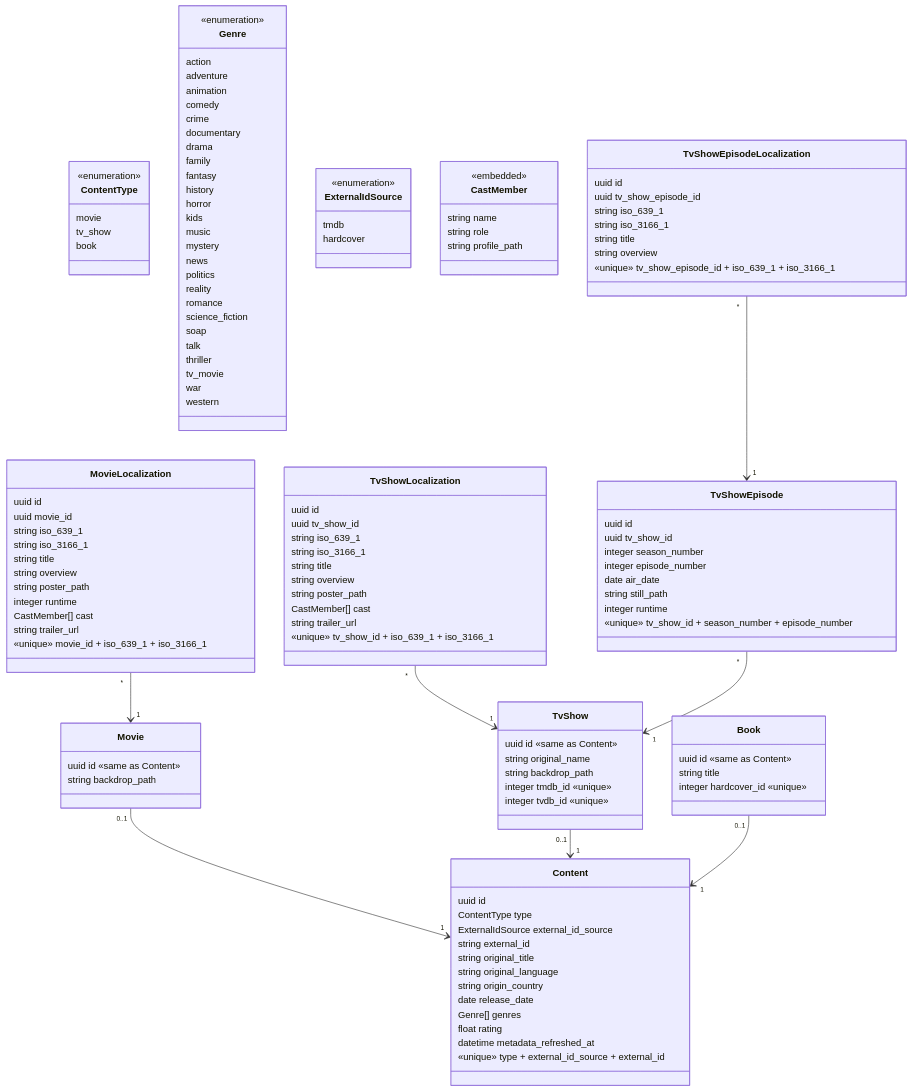
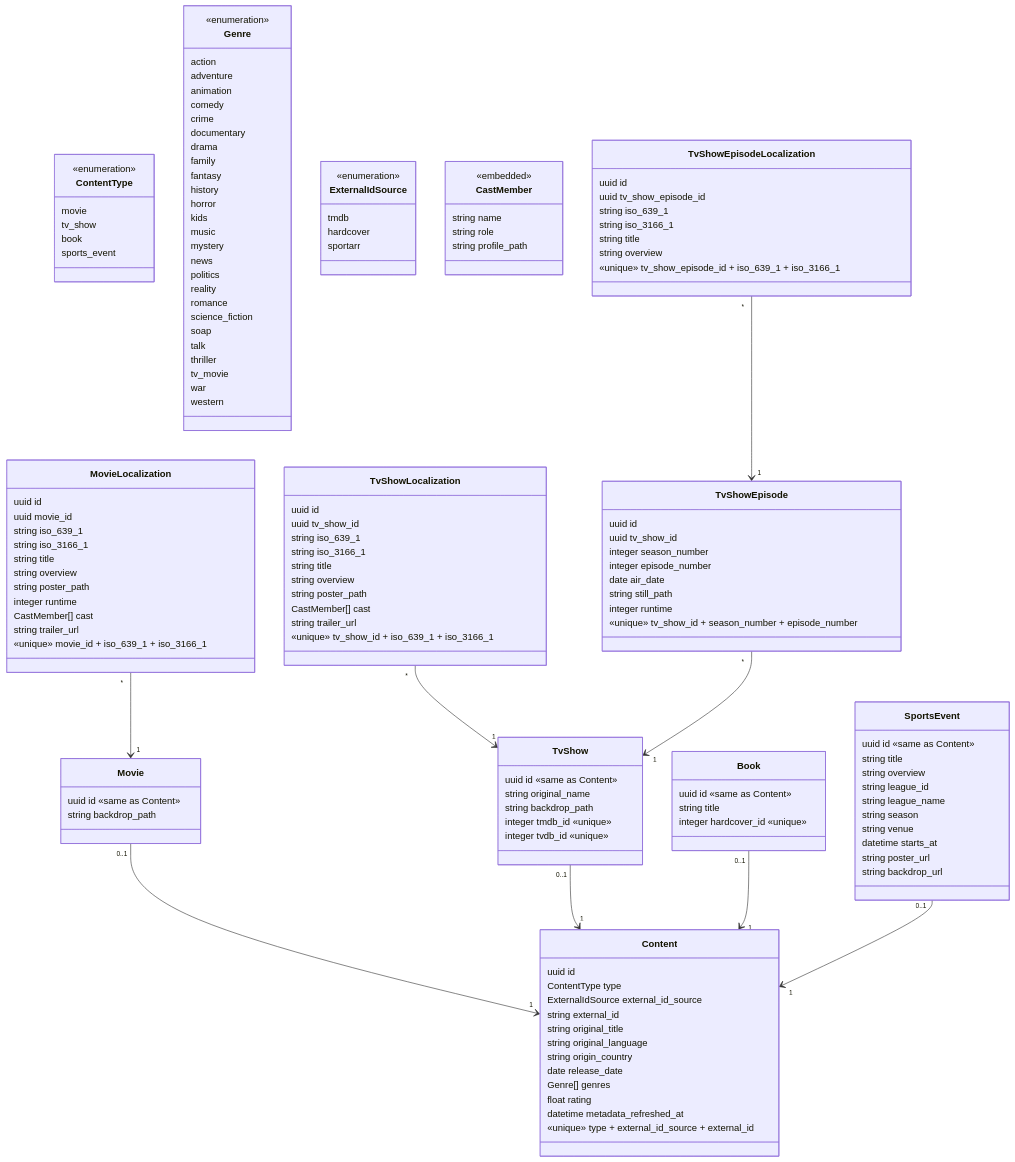
The third of 12 diagrams in docs/data-model.md (nat-e/watch_club), drawn with Mermaid before and after one commit. The commit also changed other lines of this file and 143 other files, not shown here.

First line of the commit message:
feat: sports events from Sportarr (#87)

```diff
--- a/docs/data-model.md
+++ b/docs/data-model.md
@@ -91,6 +91,7 @@
     movie
     tv_show
     book
+    sports_event
   }
   class Genre {
     <<enumeration>>
@@ -124,6 +125,7 @@
     <<enumeration>>
     tmdb
     hardcover
+    sportarr
   }
   class Movie {
     uuid id «same as Content»
@@ -191,9 +193,22 @@
     string title
     integer hardcover_id «unique»
   }
+  class SportsEvent {
+    uuid id «same as Content»
+    string title
+    string overview
+    string league_id
+    string league_name
+    string season
+    string venue
+    datetime starts_at
+    string poster_url
+    string backdrop_url
+  }
   Movie "0..1" --> "1" Content
   TvShow "0..1" --> "1" Content
   Book "0..1" --> "1" Content
+  SportsEvent "0..1" --> "1" Content
   MovieLocalization "*" --> "1" Movie
   TvShowLocalization "*" --> "1" TvShow
   TvShowEpisode "*" --> "1" TvShow
```
